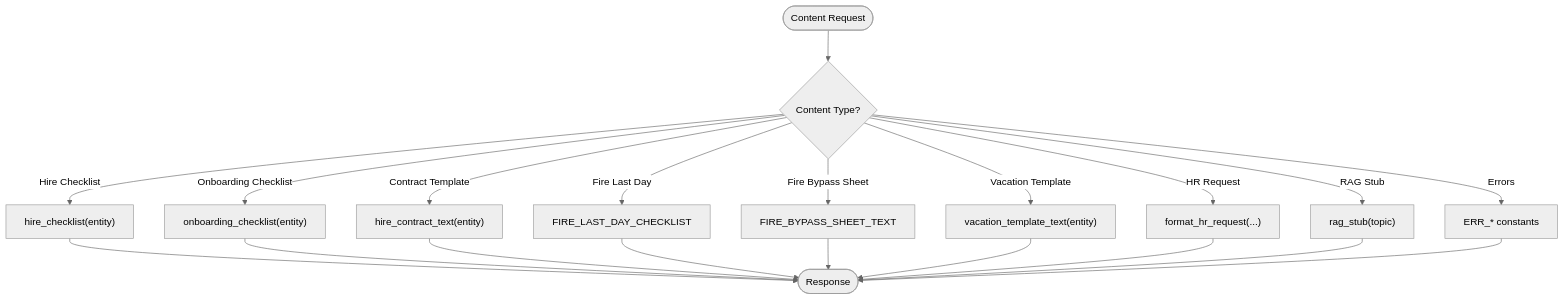
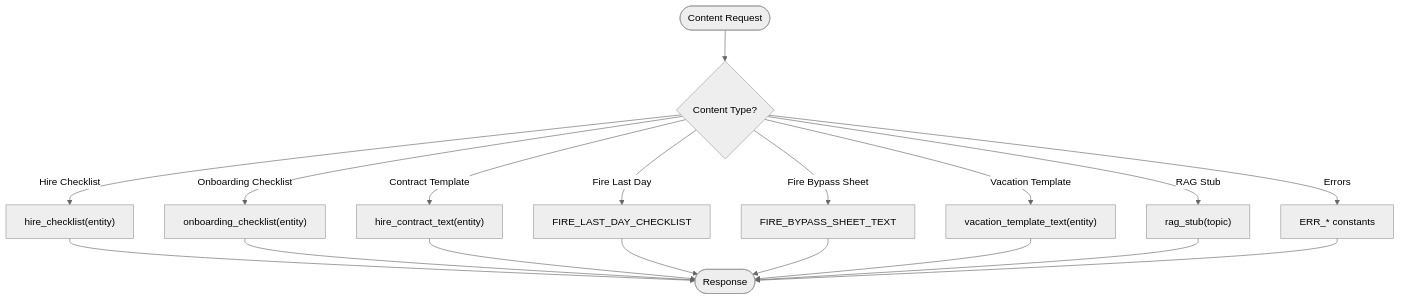
Before and after one commit to ognelis/cafetera_hr_bot: the fourth of 14 diagrams in .qoder/repowiki/en/content/VK Integration/Employment Lifecycle Management.md, drawn with Mermaid (neutral theme). The commit also changed other lines of this file and 16 other files, not shown here.

````diff
--- a/.qoder/repowiki/en/content/VK Integration/Employment Lifecycle Management.md
+++ b/.qoder/repowiki/en/content/VK Integration/Employment Lifecycle Management.md
@@ -182,22 +187,20 @@
 ```mermaid
 flowchart TD
 Start(["Content Request"]) --> Type{"Content Type?"}
 Type --> |Hire Checklist| HC["hire_checklist(entity)"]
 Type --> |Onboarding Checklist| OC["onboarding_checklist(entity)"]
 Type --> |Contract Template| CT["hire_contract_text(entity)"]
 Type --> |Fire Last Day| FL["FIRE_LAST_DAY_CHECKLIST"]
 Type --> |Fire Bypass Sheet| FB["FIRE_BYPASS_SHEET_TEXT"]
 Type --> |Vacation Template| VT["vacation_template_text(entity)"]
-Type --> |HR Request| HR["format_hr_request(...)"]
 Type --> |RAG Stub| RS["rag_stub(topic)"]
 Type --> |Errors| ER["ERR_* constants"]
 HC --> End(["Response"])
 OC --> End
 CT --> End
 FL --> End
 FB --> End
 VT --> End
-HR --> End
 RS --> End
 ER --> End
 ```
````
